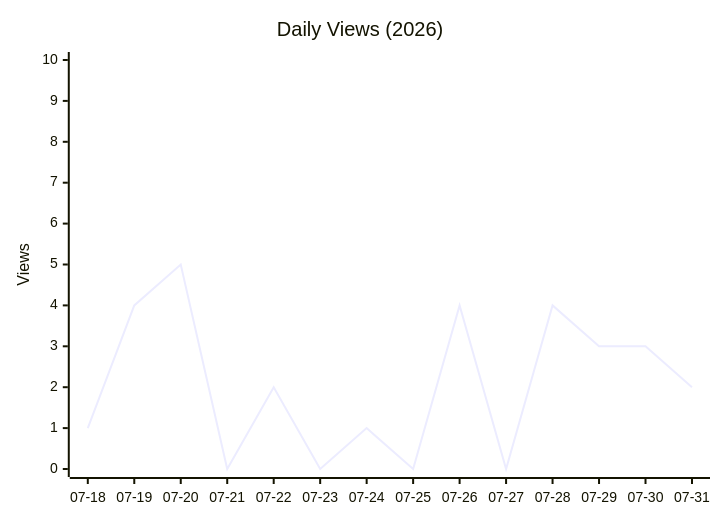
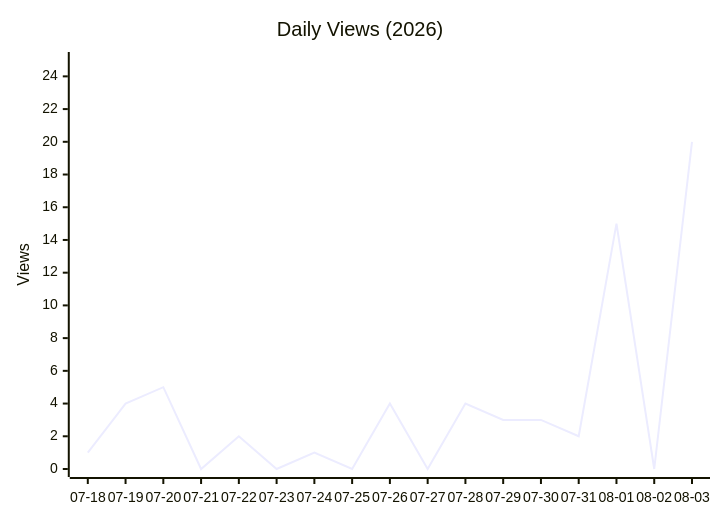
Before and after one commit to Architect-HA/Humai-Accord: the third of 4 diagrams in data/TRAFFIC_REPORT.md, drawn with Mermaid. The commit also changed other lines of this file and 1 other file, not shown here.

````diff
--- a/data/TRAFFIC_REPORT.md
+++ b/data/TRAFFIC_REPORT.md
@@ -32,7 +32,7 @@
 ```mermaid
 xychart-beta
     title "Daily Views (2026)"
-    x-axis ["07-18", "07-19", "07-20", "07-21", "07-22", "07-23", "07-24", "07-25", "07-26", "07-27", "07-28", "07-29", "07-30", "07-31"]
-    y-axis "Views" 0 --> 10
-    line [1, 4, 5, 0, 2, 0, 1, 0, 4, 0, 4, 3, 3, 2]
+    x-axis ["07-18", "07-19", "07-20", "07-21", "07-22", "07-23", "07-24", "07-25", "07-26", "07-27", "07-28", "07-29", "07-30", "07-31", "08-01", "08-02", "08-03"]
+    y-axis "Views" 0 --> 25
+    line [1, 4, 5, 0, 2, 0, 1, 0, 4, 0, 4, 3, 3, 2, 15, 0, 20]
 ```
````
